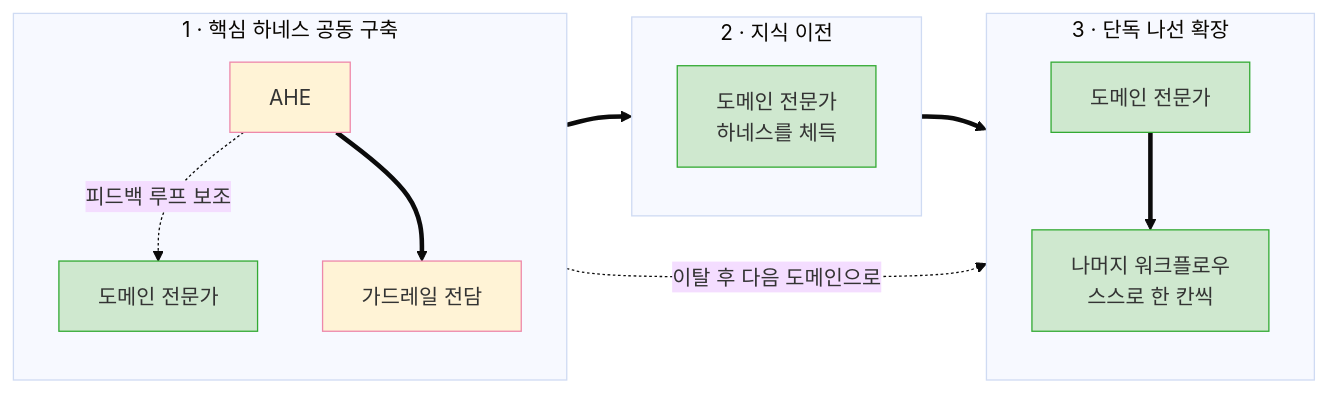
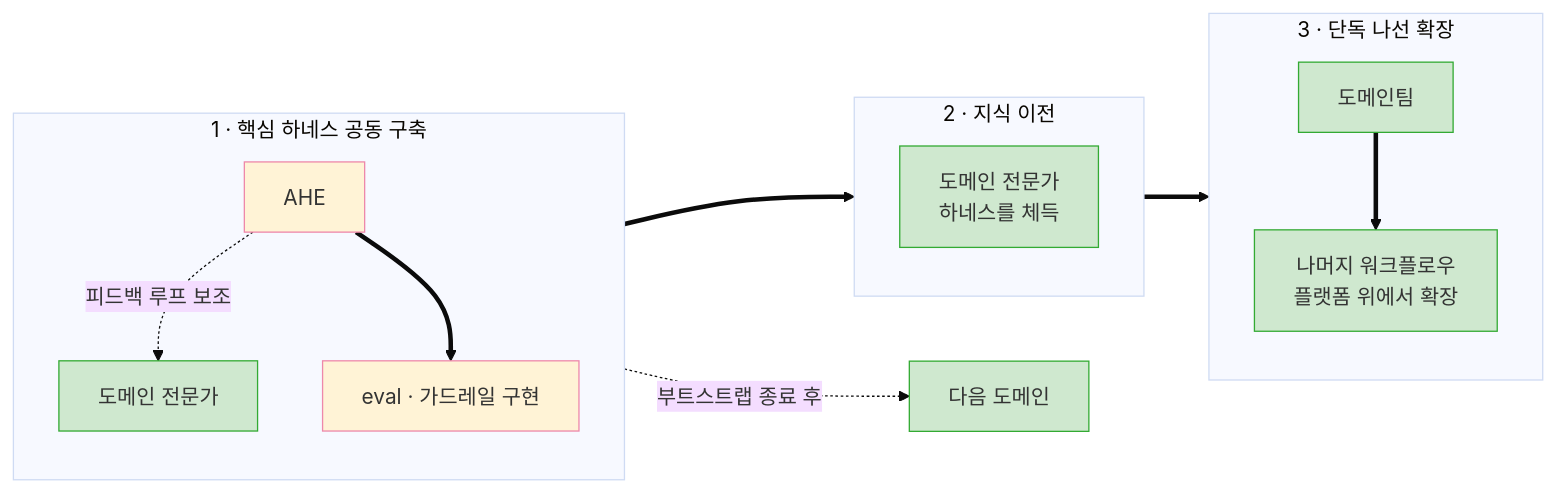
Before and after one commit to haandol/haandol.github.com: the third of 3 diagrams in _posts/2026-06-15-organizational-ai-adoption-3s.md, drawn with Mermaid (base theme). The commit also changed other lines of this file and 1 other file, not shown here.

````diff
--- a/_posts/2026-06-15-organizational-ai-adoption-3s.md
+++ b/_posts/2026-06-15-organizational-ai-adoption-3s.md
@@ -178,22 +199,22 @@
 ```mermaid
 flowchart LR
     subgraph S1["1 · 핵심 하네스 공동 구축"]
         direction TB
         A1["AHE"] -. "피드백 루프 보조" .-> D1["도메인 전문가"]
-        A1 ==> G1["가드레일 전담"]
+        A1 ==> G1["eval · 가드레일 구현"]
     end
     subgraph S2["2 · 지식 이전"]
         direction TB
         D2["도메인 전문가<br/>하네스를 체득"]
     end
     subgraph S3["3 · 단독 나선 확장"]
         direction TB
-        D3["도메인 전문가"] ==> R["나머지 워크플로우<br/>스스로 한 칸씩"]
+        D3["도메인팀"] ==> R["나머지 워크플로우<br/>플랫폼 위에서 확장"]
     end
     S1 ==> S2 ==> S3
-    A1 -. "이탈 후 다음 도메인으로" .-> S3
+    A1 -. "부트스트랩 종료 후" .-> N["다음 도메인"]
     classDef a fill:#fff3d6,stroke:#e8a;
     classDef d fill:#cfe8cf,stroke:#3a3;
     class A1,G1 a;
-    class D1,D2,D3,R d;
+    class D1,D2,D3,R,N d;
 ```
````
